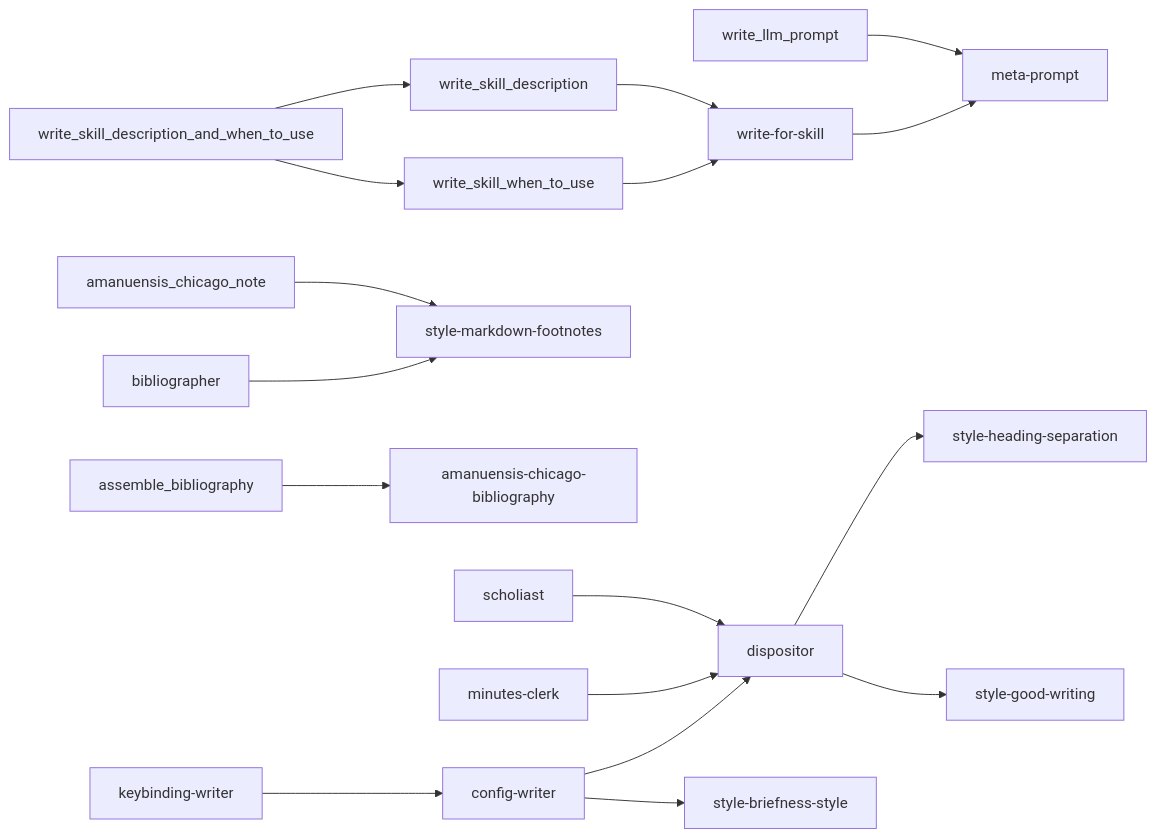
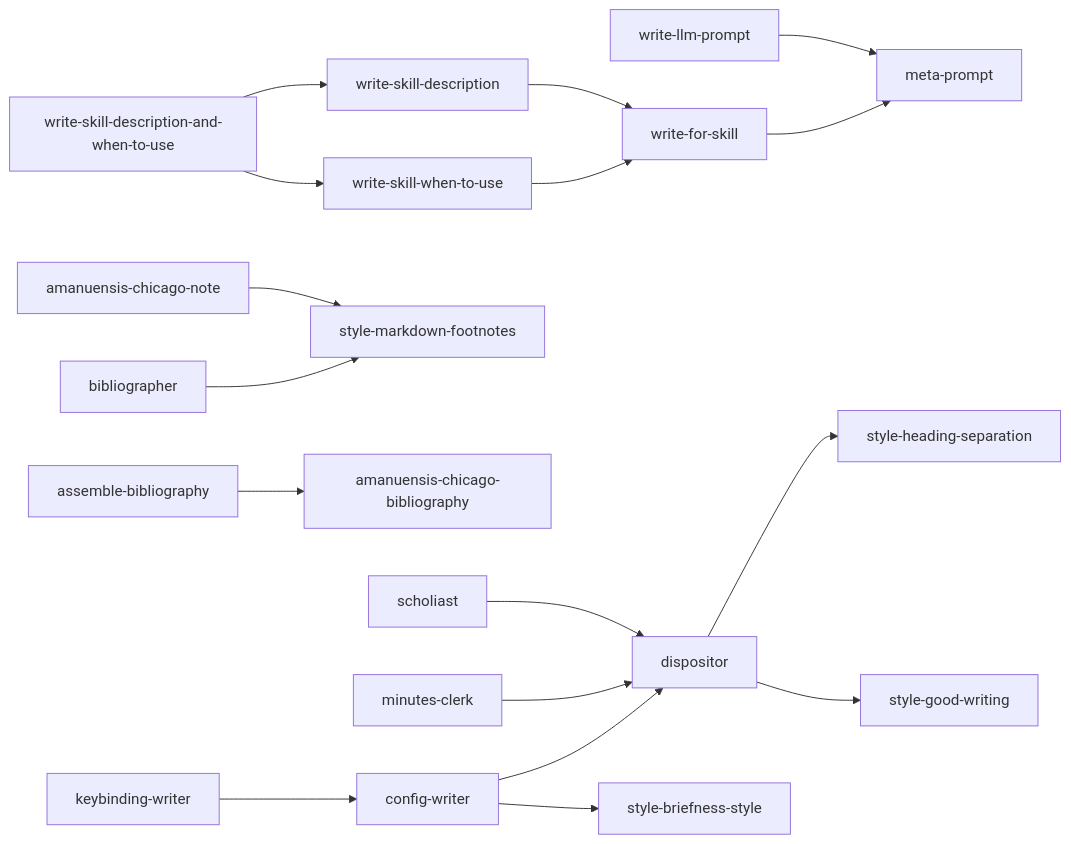
The fourth of 7 diagrams in docs/blueprint-doc.md (kami-lel/kaye-library), drawn with Mermaid before and after one commit. The commit also changed other lines of this file, not shown here.

First line of the commit message:
label bare graph nodes w/ hyphenated blueprint names

````diff
--- a/docs/blueprint-doc.md
+++ b/docs/blueprint-doc.md
@@ -91,19 +91,19 @@
 ```mermaid
 flowchart LR
-    write_llm_prompt --> meta_prompt["meta-prompt"]
+    write_llm_prompt["write-llm-prompt"] --> meta_prompt["meta-prompt"]
     write_for_skill["write-for-skill"] --> meta_prompt
-    write_skill_description --> write_for_skill
-    write_skill_when_to_use --> write_for_skill
-    write_skill_description_and_when_to_use --> write_skill_description
+    write_skill_description["write-skill-description"] --> write_for_skill
+    write_skill_when_to_use["write-skill-when-to-use"] --> write_for_skill
+    write_skill_description_and_when_to_use["write-skill-description-and-when-to-use"] --> write_skill_description
     write_skill_description_and_when_to_use --> write_skill_when_to_use
-    amanuensis_chicago_note --> style_markdown_footnotes["style-markdown-footnotes"]
+    amanuensis_chicago_note["amanuensis-chicago-note"] --> style_markdown_footnotes["style-markdown-footnotes"]
     bibliographer --> style_markdown_footnotes
-    assemble_bibliography --> amanuensis_chicago_bibliography["amanuensis-chicago-bibliography"]
+    assemble_bibliography["assemble-bibliography"] --> amanuensis_chicago_bibliography["amanuensis-chicago-bibliography"]
     dispositor --> style_heading_separation["style-heading-separation"]
     dispositor --> style_good_writing["style-good-writing"]
     scholiast --> dispositor
     minutes_clerk["minutes-clerk"] --> dispositor
     config_writer["config-writer"] --> dispositor
     config_writer --> style_briefness_style["style-briefness-style"]
     keybinding_writer["keybinding-writer"] --> config_writer
 ```
````
